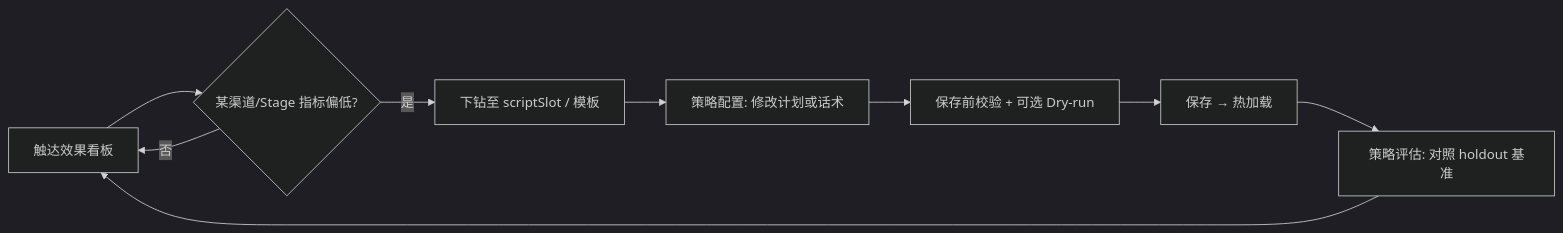
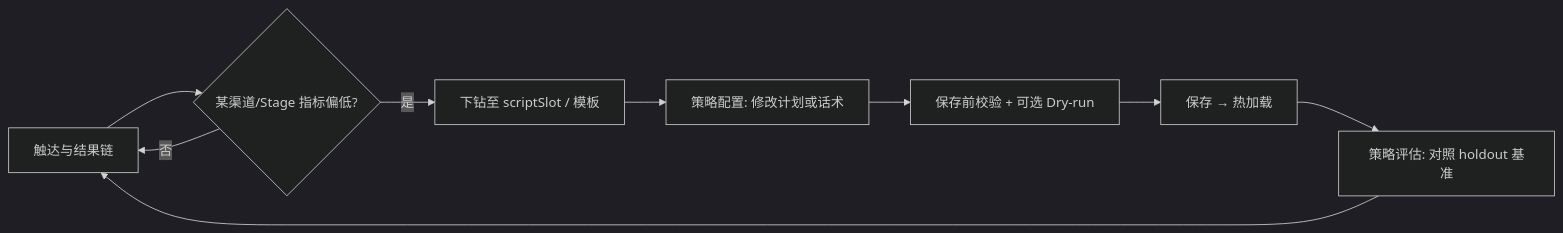
The first of 3 diagrams in docs/MOCASA催收系统升级_Phase1_管理后台设计文档.md (katherineliu2102/Intelligent-Collection-V1), drawn with Mermaid (dark theme) before and after one commit. The commit also changed other lines of this file and 22 other files, not shown here.

````diff
--- a/docs/MOCASA催收系统升级_Phase1_管理后台设计文档.md
+++ b/docs/MOCASA催收系统升级_Phase1_管理后台设计文档.md
@@ -223,11 +231,11 @@
 ```mermaid
 flowchart LR
-  A[触达效果看板] --> B{某渠道/Stage 指标偏低?}
+  A[触达与结果链] --> B{某渠道/Stage 指标偏低?}
   B -->|是| C[下钻至 scriptSlot / 模板]
   C --> D[策略配置: 修改计划或话术]
   D --> V[保存前校验 + 可选 Dry-run]
   V --> E[保存 → 热加载]
   E --> F[策略评估: 对照 holdout 基准]
   F --> A
   B -->|否| A
 ```
````
